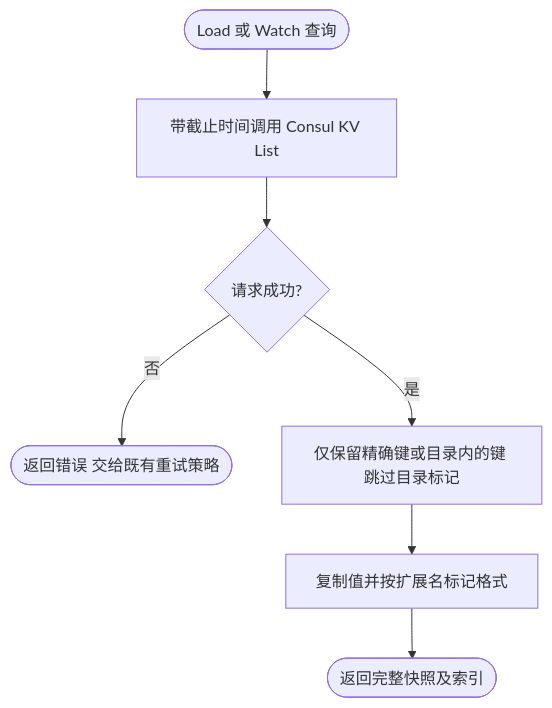
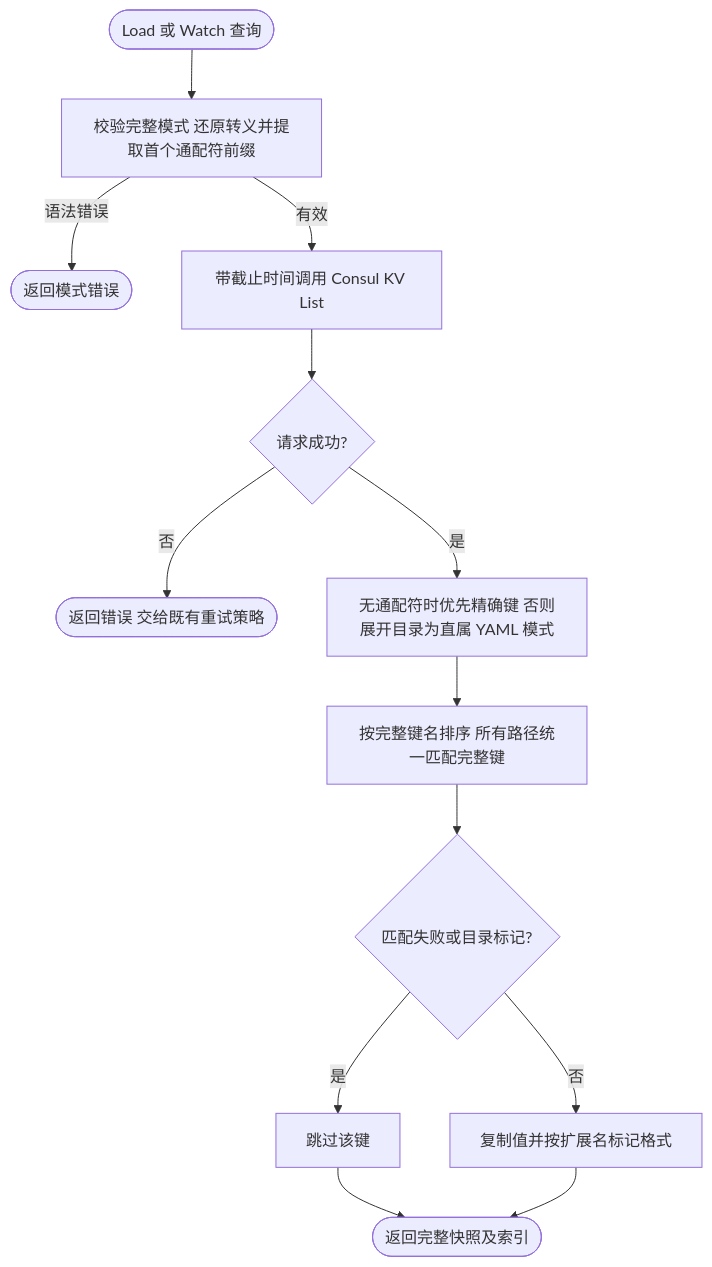
One commit to jaggerzhuang1994/kratos-foundation changed the second of 2 diagrams in contrib/config/consul/README.md. Above: the diagram before and after it, drawn with Mermaid. The commit also changed other lines of this file and 96 other files, not shown here.

````diff
--- a/contrib/config/consul/README.md
+++ b/contrib/config/consul/README.md
@@ -56,9 +100,15 @@
 ```mermaid
 flowchart TD
-    A([Load 或 Watch 查询]) --> B[带截止时间调用 Consul KV List]
+    A([Load 或 Watch 查询]) --> P[校验完整模式 还原转义并提取首个通配符前缀]
+    P -- 语法错误 --> D0([返回模式错误])
+    P -- 有效 --> B[带截止时间调用 Consul KV List]
     B --> C{请求成功?}
     C -- 否 --> D([返回错误 交给既有重试策略])
-    C -- 是 --> E[仅保留精确键或目录内的键 跳过目录标记]
-    E --> F[复制值并按扩展名标记格式]
+    C -- 是 --> R[无通配符时优先精确键 否则展开目录为直属 YAML 模式]
+    R --> E[按完整键名排序 所有路径统一匹配完整键]
+    E --> D2{匹配失败或目录标记?}
+    D2 -- 是 --> S[跳过该键]
+    D2 -- 否 --> F[复制值并按扩展名标记格式]
+    S --> G
     F --> G([返回完整快照及索引])
 ```
````
